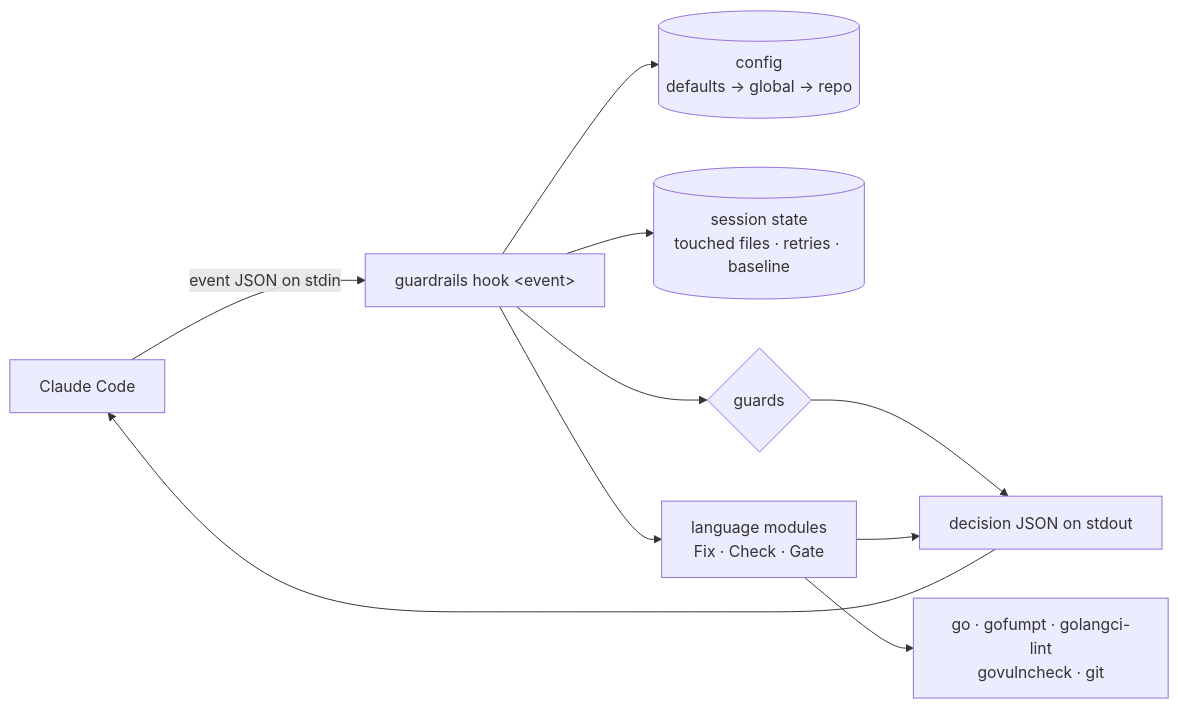
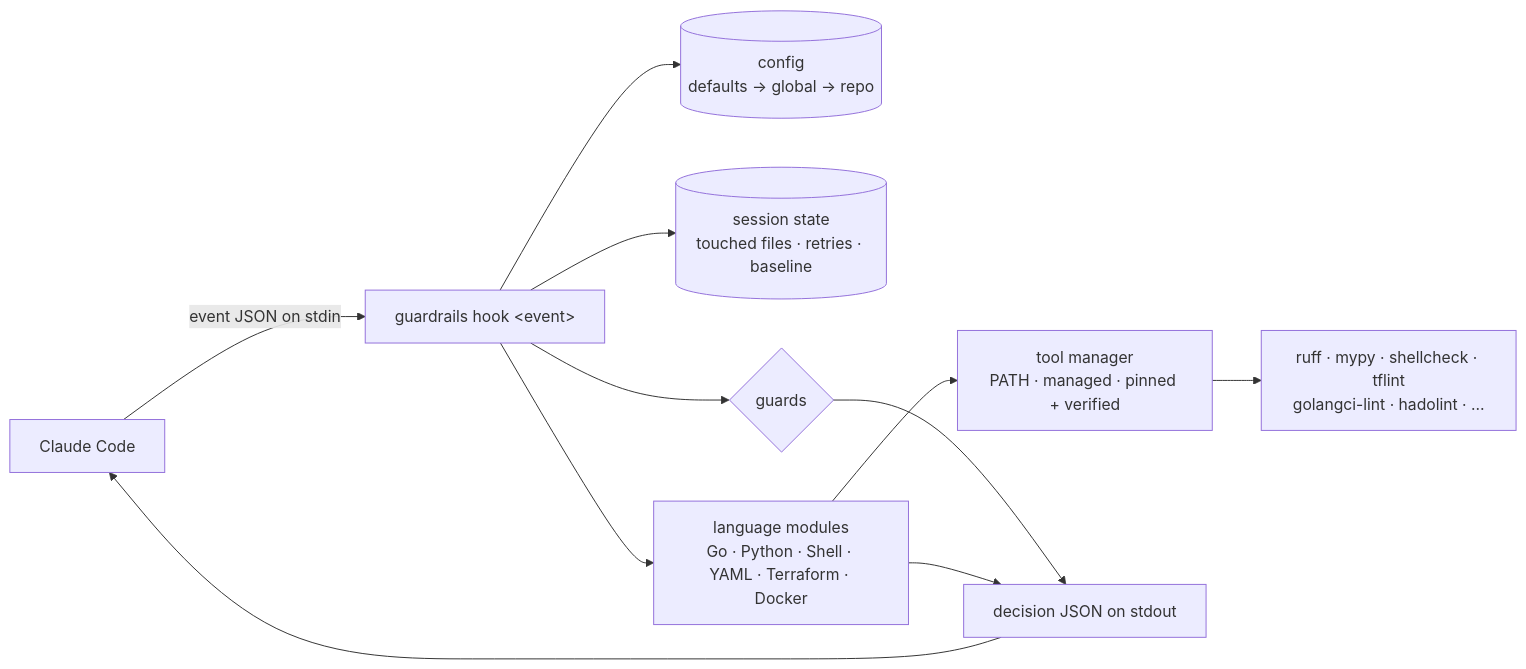
Before and after one commit to rossedman/guardrails: the diagram in docs/how-it-works.md, drawn with Mermaid. The commit also changed other lines of this file and 47 other files, not shown here.

First line of the commit message:
feat(tools): provision pinned, checksum-verified tools on demand

````diff
--- a/docs/how-it-works.md
+++ b/docs/how-it-works.md
@@ -7,12 +7,13 @@
 ```mermaid
 flowchart LR
     CC[Claude Code] -- event JSON on stdin --> H[guardrails hook &lt;event&gt;]
     H --> C[(config<br/>defaults → global → repo)]
     H --> S[(session state<br/>touched files · retries · baseline)]
     H --> G{guards}
-    H --> M[language modules<br/>Fix · Check · Gate]
-    M --> T[go · gofumpt · golangci-lint<br/>govulncheck · git]
+    H --> M[language modules<br/>Go · Python · Shell · YAML · Terraform · Docker]
+    M --> P[tool manager<br/>PATH · managed · pinned + verified]
+    P --> T[ruff · mypy · shellcheck · tflint<br/>golangci-lint · hadolint · …]
     G --> D[decision JSON on stdout]
     M --> D
     D --> CC
 ```
````
